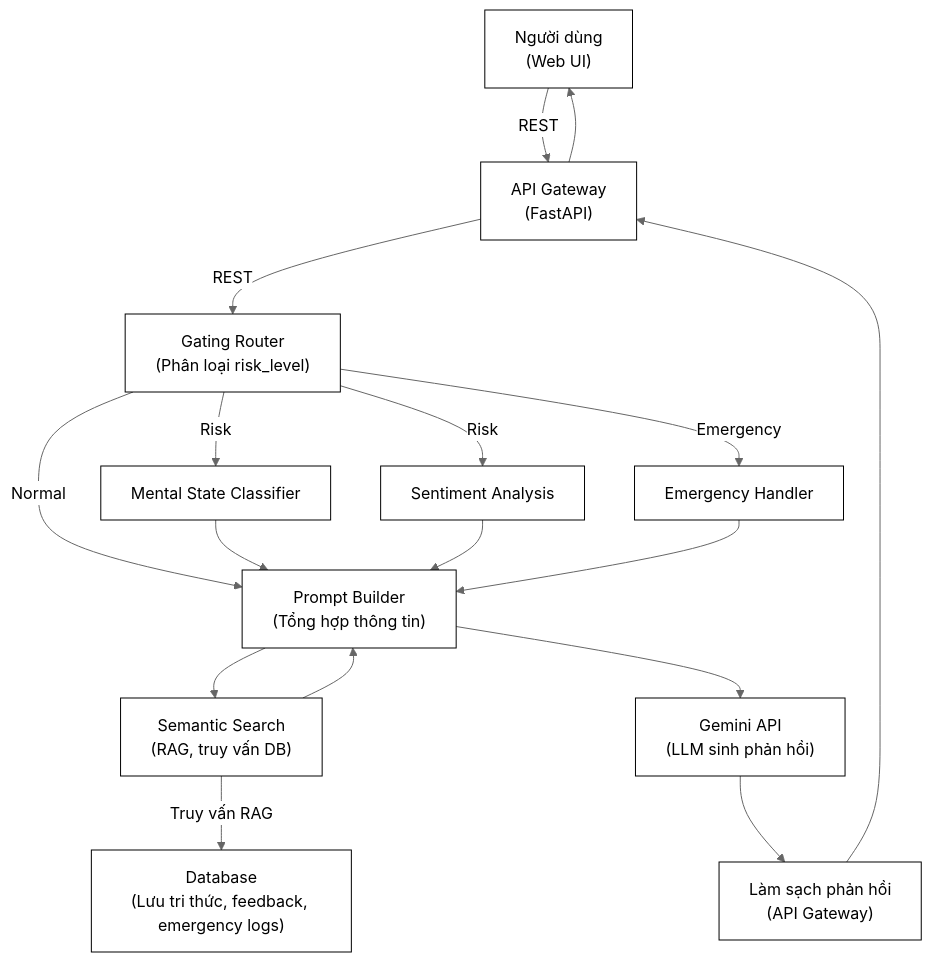
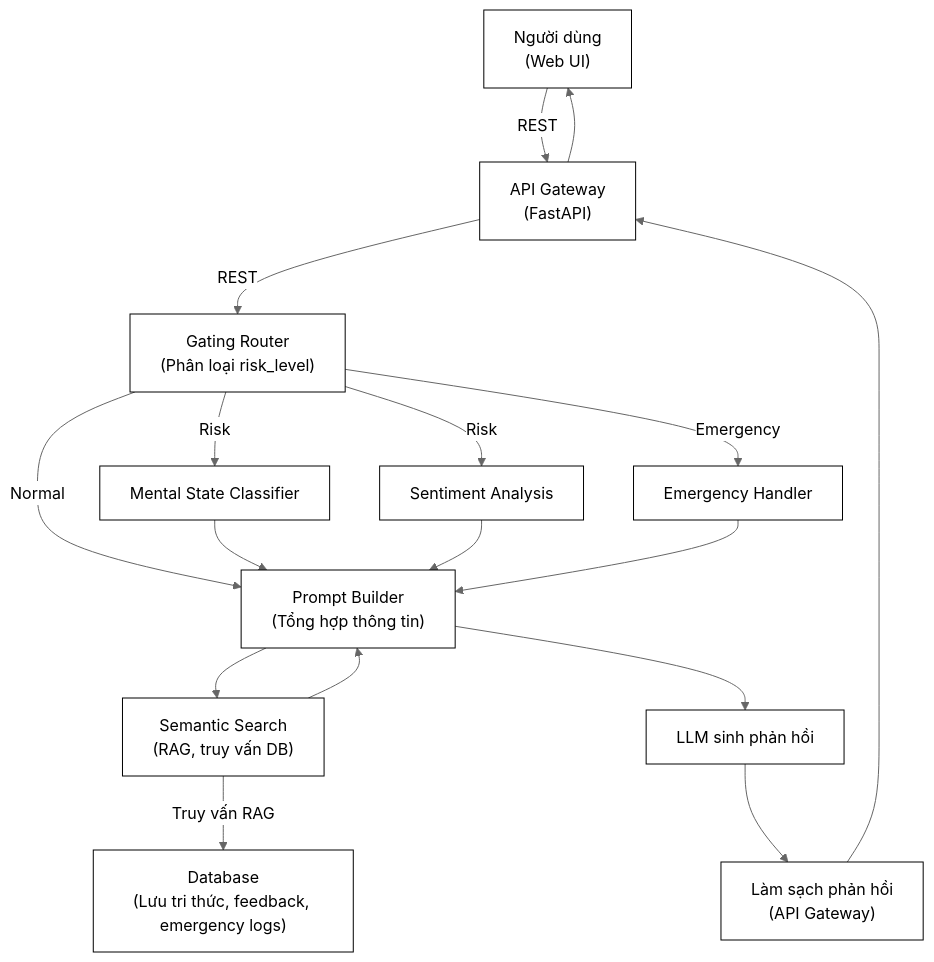
Before and after one commit to VuHa123/DoAnTotNghiep: the diagram in README.md, drawn with Mermaid (neutral theme).

````diff
--- a/README.md
+++ b/README.md
@@ -12,47 +12,47 @@
 ```mermaid
 flowchart TD
     User["Người dùng<br/>(Web UI)"]
     APIGW["API Gateway<br/>(FastAPI)"]
     Gating["Gating Router<br/>(Phân loại risk_level)"]
     Mental["Mental State Classifier"]
     Sentiment["Sentiment Analysis"]
     Emergency["Emergency Handler"]
     Semantic["Semantic Search<br/>(RAG, truy vấn DB)"]
     DB["Database<br/>(Lưu tri thức, feedback, emergency logs)"]
     Prompt["Prompt Builder<br/>(Tổng hợp thông tin)"]
-    Gemini["Gemini API<br/>(LLM sinh phản hồi)"]
+    Gemini["LLM sinh phản hồi"]
     Clean["Làm sạch phản hồi<br/>(API Gateway)"]
 
     User -->|REST| APIGW
     APIGW -->|REST| Gating
 
     Gating -- "Normal" --> Prompt
     Gating -- "Risk" --> Mental
     Gating -- "Risk" --> Sentiment
     Mental --> Prompt
     Sentiment --> Prompt
     Gating -- "Emergency" --> Emergency
     Emergency --> Prompt
 
     Prompt --> Semantic
     Semantic -- "Truy vấn RAG" --> DB
     Semantic --> Prompt
 
     Prompt --> Gemini
     Gemini --> Clean
     Clean --> APIGW
     APIGW --> User
 
     %% Style với màu trắng và viền đen
     style User fill:#ffffff,stroke:#000000,stroke-width:1px
     style APIGW fill:#ffffff,stroke:#000000,stroke-width:1px
     style Gating fill:#ffffff,stroke:#000000,stroke-width:1px
     style Mental fill:#ffffff,stroke:#000000,stroke-width:1px
     style Sentiment fill:#ffffff,stroke:#000000,stroke-width:1px
     style Emergency fill:#ffffff,stroke:#000000,stroke-width:1px
     style Semantic fill:#ffffff,stroke:#000000,stroke-width:1px
     style DB fill:#ffffff,stroke:#000000,stroke-width:1px
     style Prompt fill:#ffffff,stroke:#000000,stroke-width:1px
     style Gemini fill:#ffffff,stroke:#000000,stroke-width:1px
     style Clean fill:#ffffff,stroke:#000000,stroke-width:1px
 ```
````
